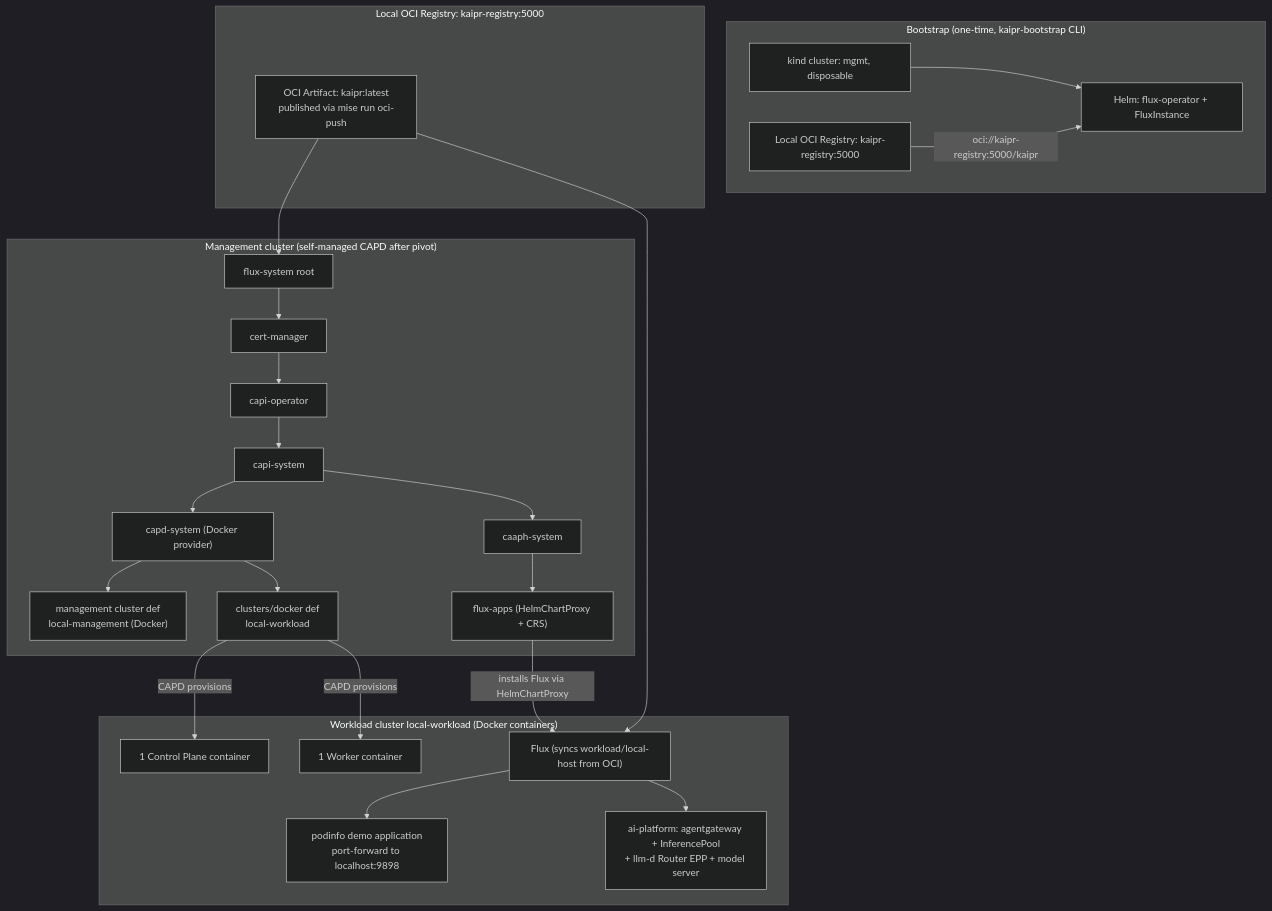
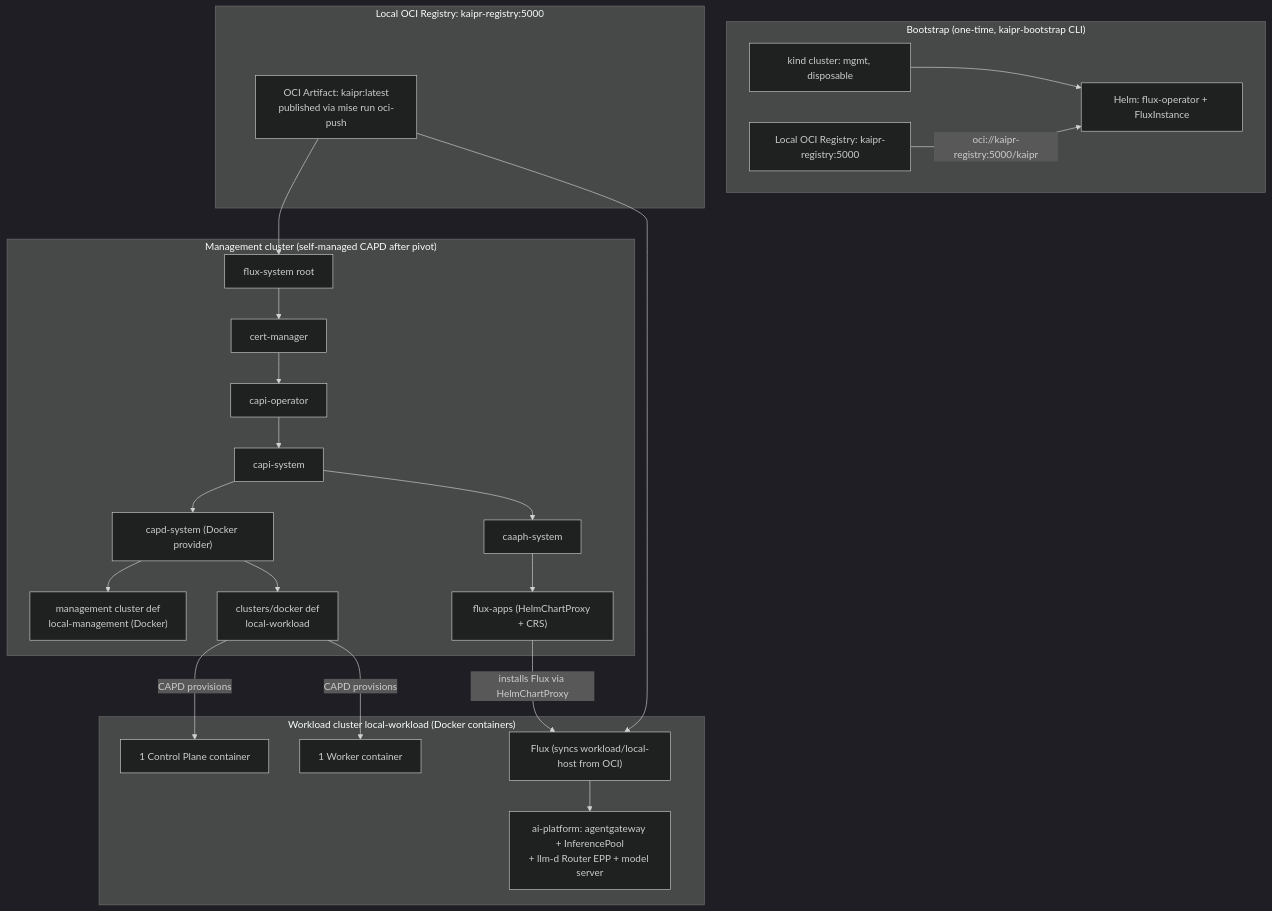
The diagram in docs/architecture.md (polarsquad/kaipr), drawn with Mermaid (dark theme) before and after one commit. The commit also changed other lines of this file and 12 other files, not shown here.

First line of the commit message:
refactor: remove the podinfo reference app (#10)

````diff
--- a/docs/architecture.md
+++ b/docs/architecture.md
@@ -35,48 +34,46 @@
 ```mermaid
 flowchart TD
     subgraph bootstrap["Bootstrap (one-time, kaipr-bootstrap CLI)"]
         KIND[kind cluster: mgmt, disposable]
         REG["Local OCI Registry: kaipr-registry:5000"]
         HELM[Helm: flux-operator + FluxInstance]
         KIND --> HELM
         REG -->|oci://kaipr-registry:5000/kaipr| HELM
     end
 
     subgraph oci["Local OCI Registry: kaipr-registry:5000"]
         ARTIFACT["OCI Artifact: kaipr:latest<br/>published via mise run oci-push"]
     end
 
     subgraph mgmt["Management cluster (self-managed CAPD after pivot)"]
         FS[flux-system root]
         CM[cert-manager]
         CO[capi-operator]
         CAPIS[capi-system]
         CAPDS["capd-system (Docker provider)"]
         CAAPH[caaph-system]
         MGMT["management cluster def<br/>local-management (Docker)"]
         DOCKER["clusters/docker def<br/>local-workload"]
         FA["flux-apps (HelmChartProxy + CRS)"]
 
         FS --> CM --> CO --> CAPIS --> CAPDS
         CAPIS --> CAAPH --> FA
         CAPDS --> MGMT
         CAPDS --> DOCKER
     end
 
     ARTIFACT --> FS
 
     subgraph wl["Workload cluster local-workload (Docker containers)"]
         CP[1 Control Plane container]
         WORKER[1 Worker container]
         WF["Flux (syncs workload/local-host from OCI)"]
-        APP["podinfo demo application<br/>port-forward to localhost:9898"]
         AIP["ai-platform: agentgateway + InferencePool<br/>+ llm-d Router EPP + model server"]
-        WF --> APP
         WF --> AIP
     end
 
     DOCKER -->|CAPD provisions| CP
     DOCKER -->|CAPD provisions| WORKER
     FA -->|installs Flux via HelmChartProxy| WF
     ARTIFACT --> WF
 ```
````
